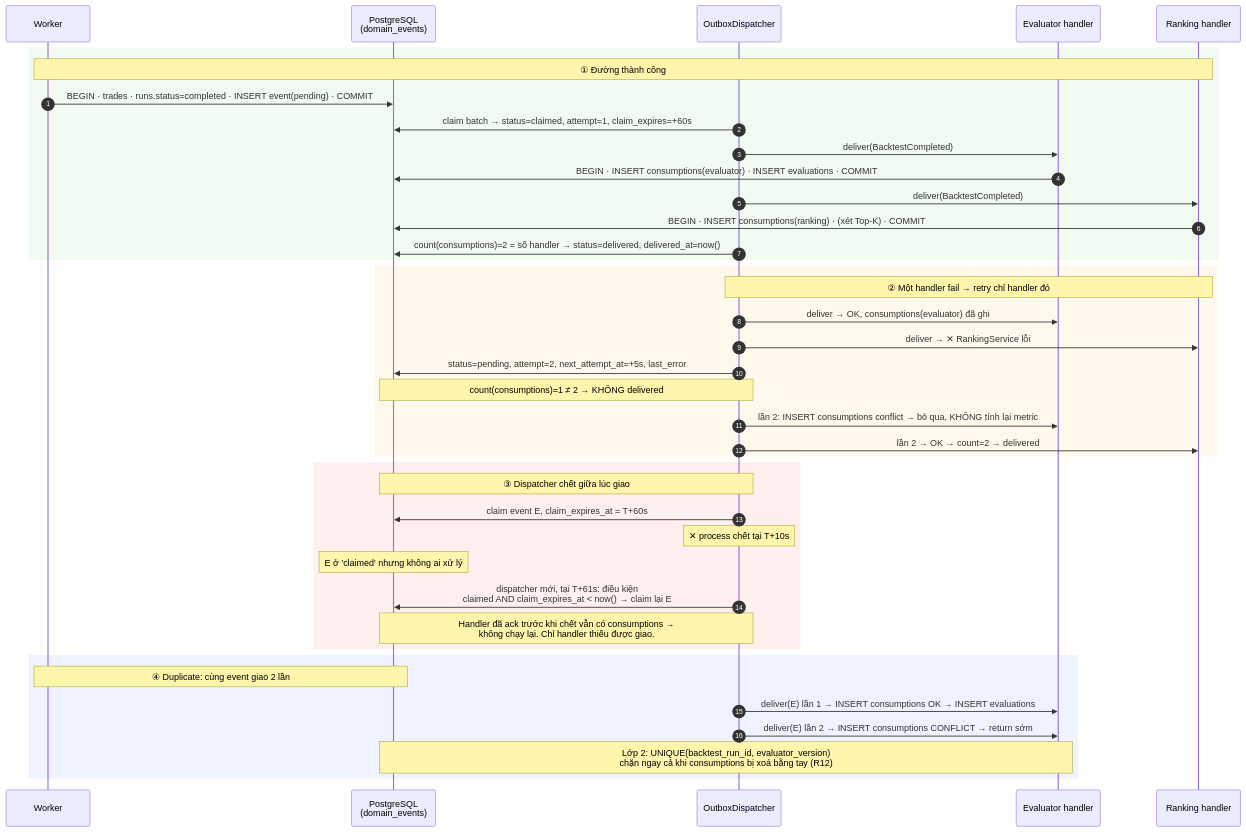
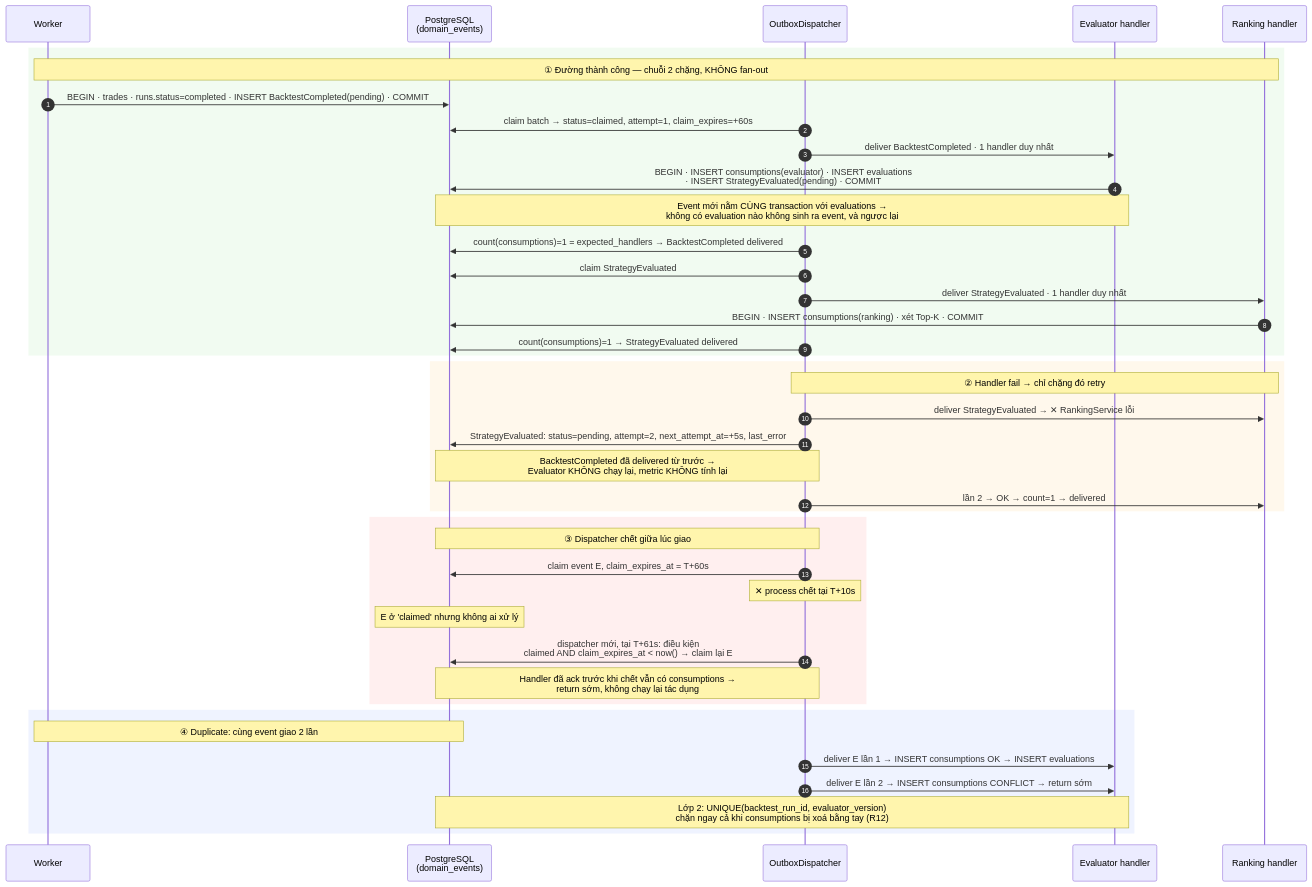
One commit to EnsoTech-Studio/CryptoBot changed the diagram in blueprint/assets/diagrams/07-outbox-scenarios.mmd. Above: the diagram before and after it, drawn with Mermaid. The commit also changed 30 other files, not shown here.

```diff
--- a/blueprint/assets/diagrams/07-outbox-scenarios.mmd
+++ b/blueprint/assets/diagrams/07-outbox-scenarios.mmd
@@ -1,44 +1,45 @@
 sequenceDiagram
     autonumber
     participant W as Worker
     participant DB as PostgreSQL<br/>(domain_events)
     participant DP as OutboxDispatcher
     participant EVA as Evaluator handler
     participant RNK as Ranking handler
 
     rect rgba(200,240,200,0.25)
-    Note over W,RNK: ① Đường thành công
-    W->>DB: BEGIN · trades · runs.status=completed · INSERT event(pending) · COMMIT
+    Note over W,RNK: ① Đường thành công — chuỗi 2 chặng, KHÔNG fan-out
+    W->>DB: BEGIN · trades · runs.status=completed · INSERT BacktestCompleted(pending) · COMMIT
     DP->>DB: claim batch → status=claimed, attempt=1, claim_expires=+60s
-    DP->>EVA: deliver(BacktestCompleted)
-    EVA->>DB: BEGIN · INSERT consumptions(evaluator) · INSERT evaluations · COMMIT
-    DP->>RNK: deliver(BacktestCompleted)
-    RNK->>DB: BEGIN · INSERT consumptions(ranking) · (xét Top-K) · COMMIT
-    DP->>DB: count(consumptions)=2 = số handler → status=delivered, delivered_at=now()
+    DP->>EVA: deliver BacktestCompleted · 1 handler duy nhất
+    EVA->>DB: BEGIN · INSERT consumptions(evaluator) · INSERT evaluations<br/>· INSERT StrategyEvaluated(pending) · COMMIT
+    Note over EVA,DB: Event mới nằm CÙNG transaction với evaluations →<br/>không có evaluation nào không sinh ra event, và ngược lại
+    DP->>DB: count(consumptions)=1 = expected_handlers → BacktestCompleted delivered
+    DP->>DB: claim StrategyEvaluated
+    DP->>RNK: deliver StrategyEvaluated · 1 handler duy nhất
+    RNK->>DB: BEGIN · INSERT consumptions(ranking) · xét Top-K · COMMIT
+    DP->>DB: count(consumptions)=1 → StrategyEvaluated delivered
     end
 
     rect rgba(255,235,200,0.35)
-    Note over DP,RNK: ② Một handler fail → retry chỉ handler đó
-    DP->>EVA: deliver → OK, consumptions(evaluator) đã ghi
-    DP->>RNK: deliver → ✕ RankingService lỗi
-    DP->>DB: status=pending, attempt=2, next_attempt_at=+5s, last_error
-    Note over DP,DB: count(consumptions)=1 ≠ 2 → KHÔNG delivered
-    DP->>EVA: lần 2: INSERT consumptions conflict → bỏ qua, KHÔNG tính lại metric
-    DP->>RNK: lần 2 → OK → count=2 → delivered
+    Note over DP,RNK: ② Handler fail → chỉ chặng đó retry
+    DP->>RNK: deliver StrategyEvaluated → ✕ RankingService lỗi
+    DP->>DB: StrategyEvaluated: status=pending, attempt=2, next_attempt_at=+5s, last_error
+    Note over DP,DB: BacktestCompleted đã delivered từ trước →<br/>Evaluator KHÔNG chạy lại, metric KHÔNG tính lại
+    DP->>RNK: lần 2 → OK → count=1 → delivered
     end
 
     rect rgba(255,215,215,0.4)
     Note over DP,DB: ③ Dispatcher chết giữa lúc giao
     DP->>DB: claim event E, claim_expires_at = T+60s
     Note over DP: ✕ process chết tại T+10s
     Note over DB: E ở 'claimed' nhưng không ai xử lý
     DP->>DB: dispatcher mới, tại T+61s: điều kiện<br/>claimed AND claim_expires_at < now() → claim lại E
-    Note over DP,DB: Handler đã ack trước khi chết vẫn có consumptions →<br/>không chạy lại. Chỉ handler thiếu được giao.
+    Note over DP,DB: Handler đã ack trước khi chết vẫn có consumptions →<br/>return sớm, không chạy lại tác dụng
     end
 
     rect rgba(215,225,255,0.4)
     Note over W,DB: ④ Duplicate: cùng event giao 2 lần
-    DP->>EVA: deliver(E) lần 1 → INSERT consumptions OK → INSERT evaluations
-    DP->>EVA: deliver(E) lần 2 → INSERT consumptions CONFLICT → return sớm
+    DP->>EVA: deliver E lần 1 → INSERT consumptions OK → INSERT evaluations
+    DP->>EVA: deliver E lần 2 → INSERT consumptions CONFLICT → return sớm
     Note over EVA,DB: Lớp 2: UNIQUE(backtest_run_id, evaluator_version)<br/>chặn ngay cả khi consumptions bị xoá bằng tay (R12)
     end
```
